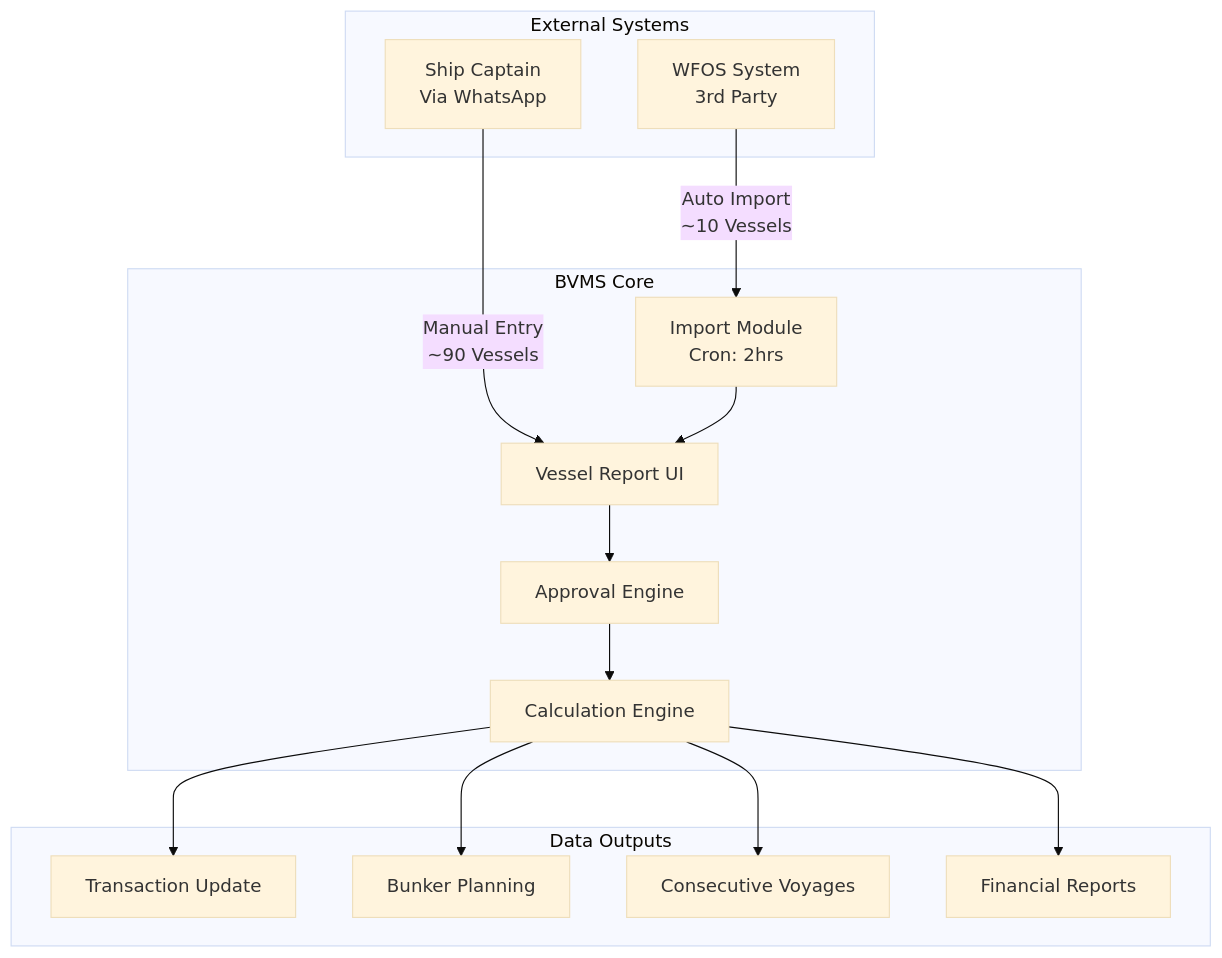
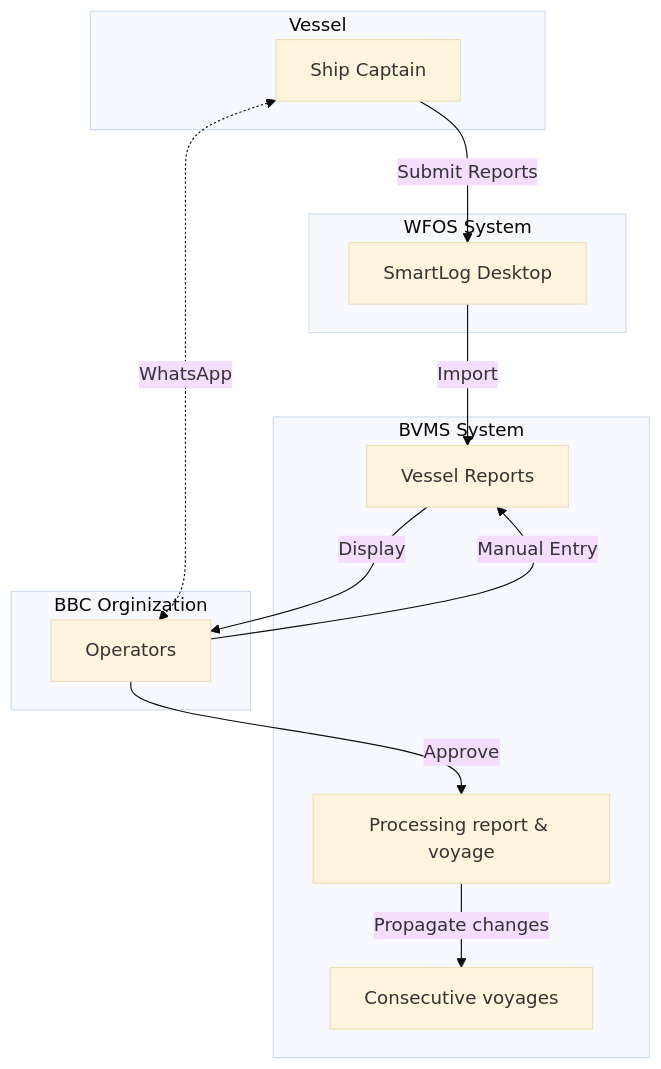
One commit to NguyenPhamCode4You/ai-home-lab-docker-compose changed the first of 22 diagrams in transcribe/VesselReport_Final_Documentation.md. Above: the diagram before and after it, drawn with Mermaid (base theme).

````diff
--- a/transcribe/VesselReport_Final_Documentation.md
+++ b/transcribe/VesselReport_Final_Documentation.md
@@ -50,31 +50,32 @@
 ```mermaid
 graph TB
-    subgraph "External Systems"
-        A[WFOS System<br/>3rd Party]
-        B[Ship Captain<br/>Via WhatsApp]
+    subgraph "Vessel"
+        A[Ship Captain]
     end
 
-    subgraph "BVMS Core"
-        C[Import Module<br/>Cron: 2hrs]
-        D[Vessel Report UI]
-        E[Approval Engine]
-        F[Calculation Engine]
+    subgraph "WFOS System"
+        B[SmartLog Desktop]
     end
 
-    subgraph "Data Outputs"
-        G[Transaction Update]
-        H[Bunker Planning]
-        I[Consecutive Voyages]
-        J[Financial Reports]
+    subgraph "BVMS System"
+        C[Vessel Reports]
+        D[Processing report & voyage]
+        E[Consecutive voyages]
     end
 
-    A -->|Auto Import<br/>~10 Vessels| C
-    B -->|Manual Entry<br/>~90 Vessels| D
-    C --> D
-    D --> E
-    E --> F
-    F --> G
-    F --> H
-    F --> I
-    F --> J
+    subgraph "BBC Orginization"
+        F[Operators]
+    end
+
+    A -->|Submit Reports| B
+    A <-.->|WhatsApp| F
+
+    B -->|Import| C
+    F -->|Manual Entry| C
+
+    C -->|Display| F
+    F -->|Approve| D
+
+    D -->|Propagate changes| E
+
 ```
````
